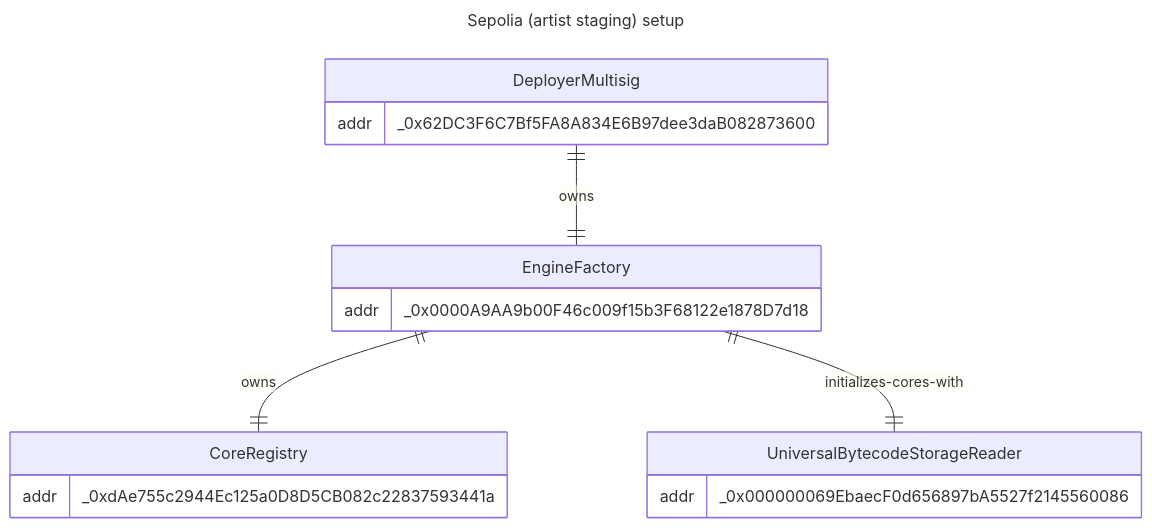
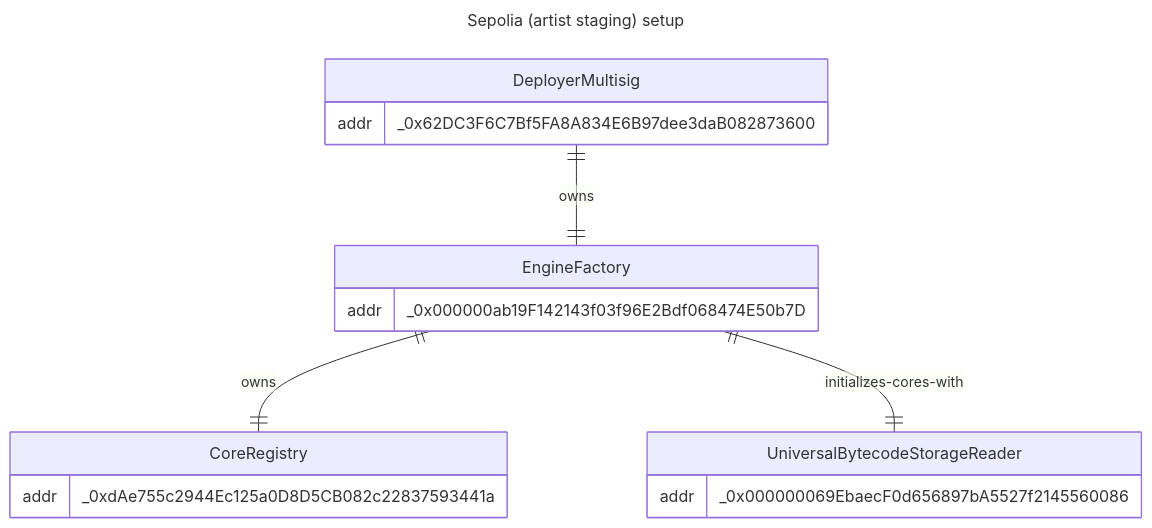
The fourth of 5 diagrams in packages/contracts/INFRASTRUCTURE.md (ArtBlocks/artblocks-contracts), drawn with Mermaid before and after one commit. The commit also changed other lines of this file and 11 other files, not shown here.

````diff
--- a/packages/contracts/INFRASTRUCTURE.md
+++ b/packages/contracts/INFRASTRUCTURE.md
@@ -102,21 +102,21 @@
 ```mermaid
 ---
 title: Sepolia (artist staging) setup
 ---
 erDiagram
     DeployerMultisig ||--|| EngineFactory : owns
     EngineFactory ||--|| CoreRegistry : owns
     EngineFactory ||--|| UniversalBytecodeStorageReader : initializes-cores-with
     DeployerMultisig {
         addr _0x62DC3F6C7Bf5FA8A834E6B97dee3daB082873600
     }
     EngineFactory {
-        addr _0x0000A9AA9b00F46c009f15b3F68122e1878D7d18
+        addr _0x000000ab19F142143f03f96E2Bdf068474E50b7D
     }
     CoreRegistry {
         addr _0xdAe755c2944Ec125a0D8D5CB082c22837593441a
     }
     UniversalBytecodeStorageReader {
         addr _0x000000069EbaecF0d656897bA5527f2145560086
     }
 ```
````
